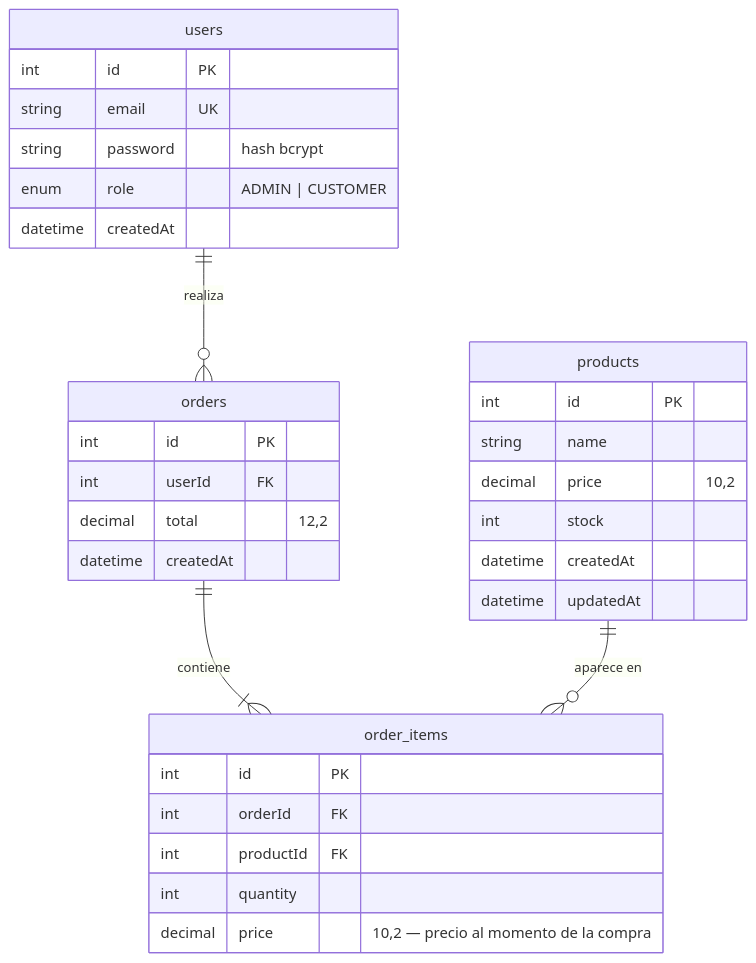
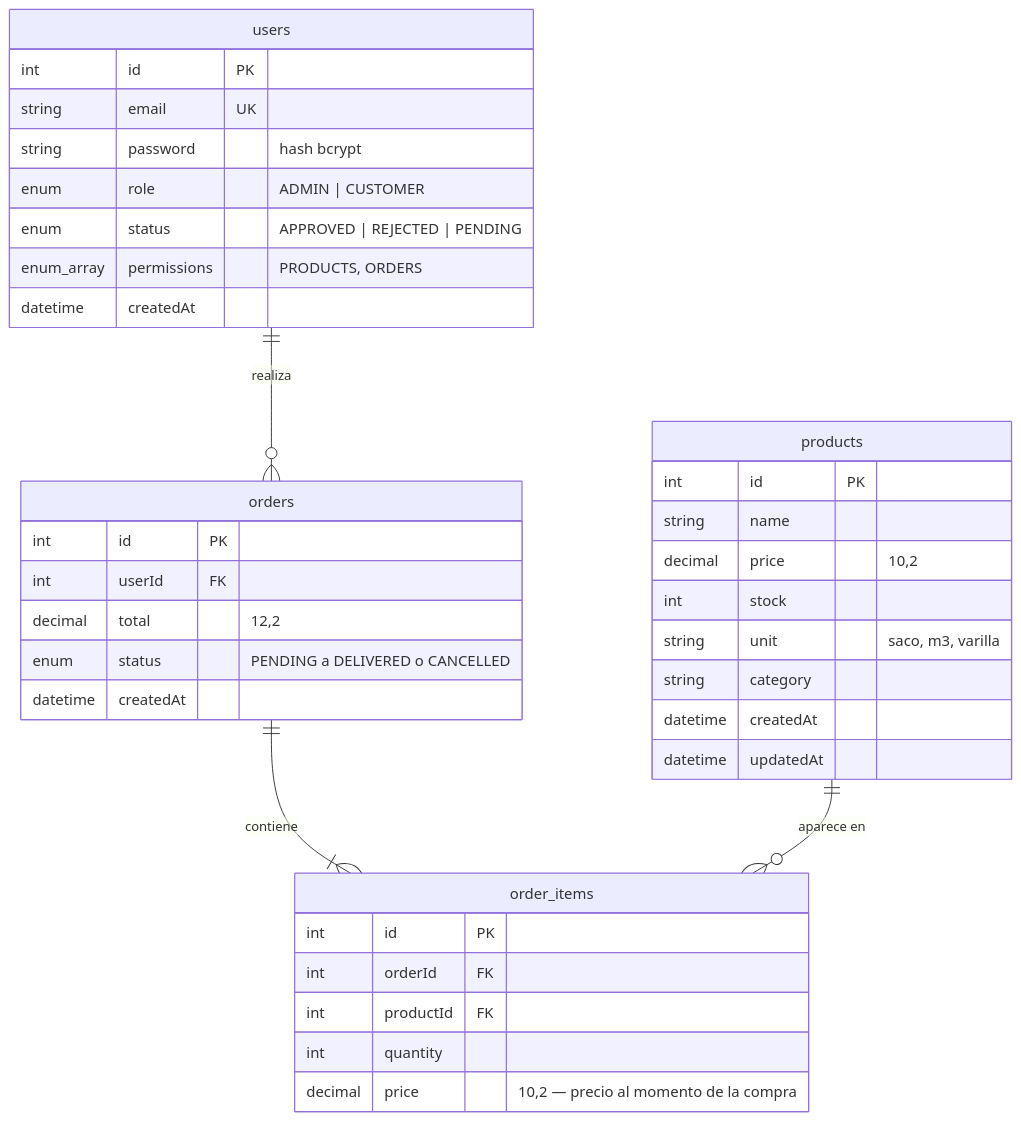
Before and after one commit to Rorre12/ecommerce-practica: the diagram in docs/base-de-datos.md, drawn with Mermaid. The commit also changed other lines of this file and 57 other files, not shown here.

````diff
--- a/docs/base-de-datos.md
+++ b/docs/base-de-datos.md
@@ -9,35 +9,40 @@
 ```mermaid
 erDiagram
     users ||--o{ orders : "realiza"
     orders ||--|{ order_items : "contiene"
     products ||--o{ order_items : "aparece en"
 
     users {
         int id PK
         string email UK
         string password "hash bcrypt"
         enum role "ADMIN | CUSTOMER"
+        enum status "APPROVED | REJECTED | PENDING"
+        enum_array permissions "PRODUCTS, ORDERS"
         datetime createdAt
     }
     products {
         int id PK
         string name
         decimal price "10,2"
         int stock
+        string unit "saco, m3, varilla"
+        string category
         datetime createdAt
         datetime updatedAt
     }
     orders {
         int id PK
         int userId FK
         decimal total "12,2"
+        enum status "PENDING a DELIVERED o CANCELLED"
         datetime createdAt
     }
     order_items {
         int id PK
         int orderId FK
         int productId FK
         int quantity
         decimal price "10,2 — precio al momento de la compra"
     }
 ```
````
